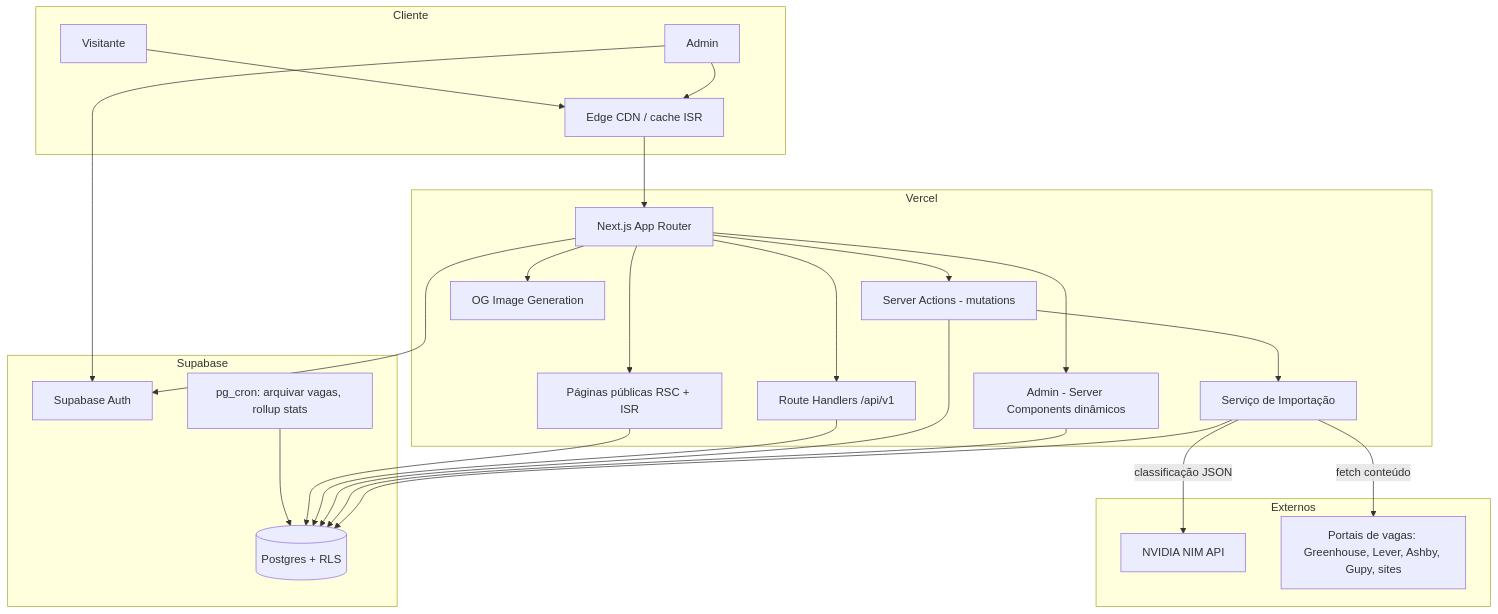
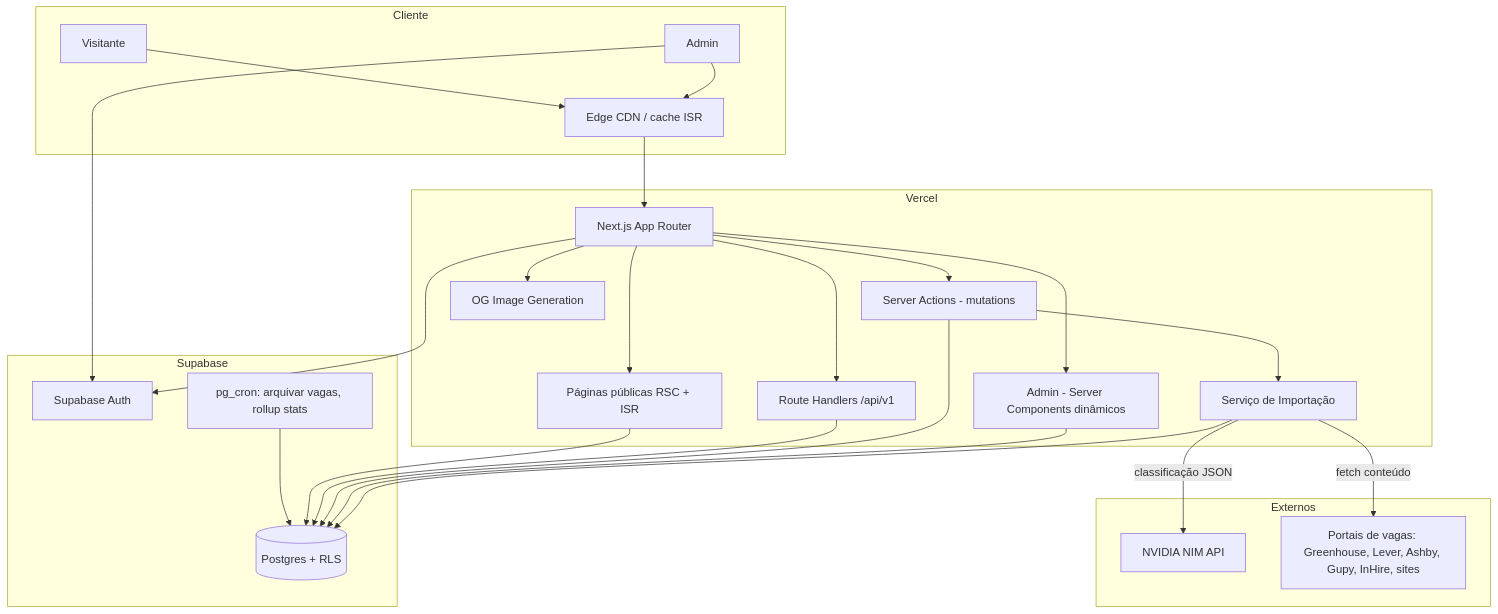
The first of 2 diagrams in docs/02-arquitetura.md (Coding-Ferpa/cf-jobs), drawn with Mermaid before and after one commit. The commit also changed other lines of this file and 15 other files, not shown here.

````diff
--- a/docs/02-arquitetura.md
+++ b/docs/02-arquitetura.md
@@ -5,39 +5,39 @@
 ```mermaid
 flowchart TB
     subgraph Cliente
         V[Visitante] --> CDN
         A[Admin] --> CDN
     end
 
     subgraph Vercel
         CDN[Edge CDN / cache ISR] --> APP[Next.js App Router]
         APP --> PUB[Páginas públicas RSC + ISR]
         APP --> ADM[Admin - Server Components dinâmicos]
         APP --> API[Route Handlers /api/v1]
         APP --> SA[Server Actions - mutations]
         APP --> OG[OG Image Generation]
         SA --> IMP[Serviço de Importação]
     end
 
     subgraph Supabase
         DB[(Postgres + RLS)]
         AUTH[Supabase Auth]
         CRON[pg_cron: arquivar vagas, rollup stats]
         CRON --> DB
     end
 
     subgraph Externos
         NIM[NVIDIA NIM API]
-        ATS[Portais de vagas: Greenhouse, Lever, Ashby, Gupy, sites]
+        ATS[Portais de vagas: Greenhouse, Lever, Ashby, Gupy, InHire, sites]
     end
 
     PUB --> DB
     API --> DB
     SA --> DB
     ADM --> DB
     A --> AUTH
     APP --> AUTH
     IMP -->|fetch conteúdo| ATS
     IMP -->|classificação JSON| NIM
     IMP --> DB
 ```
````
